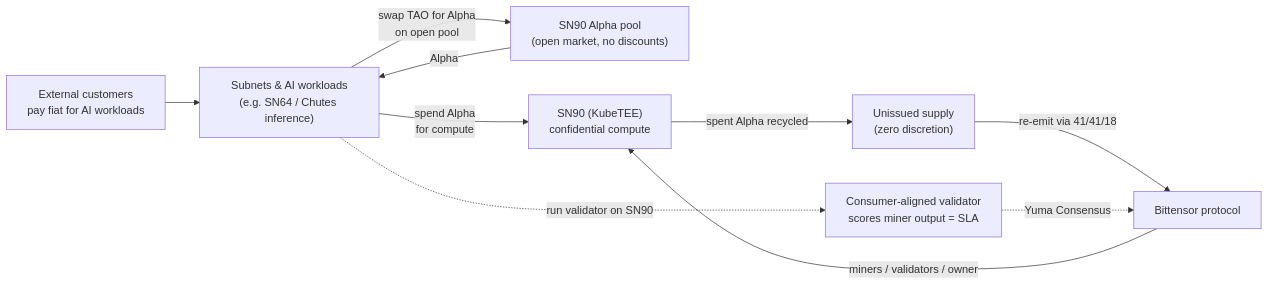
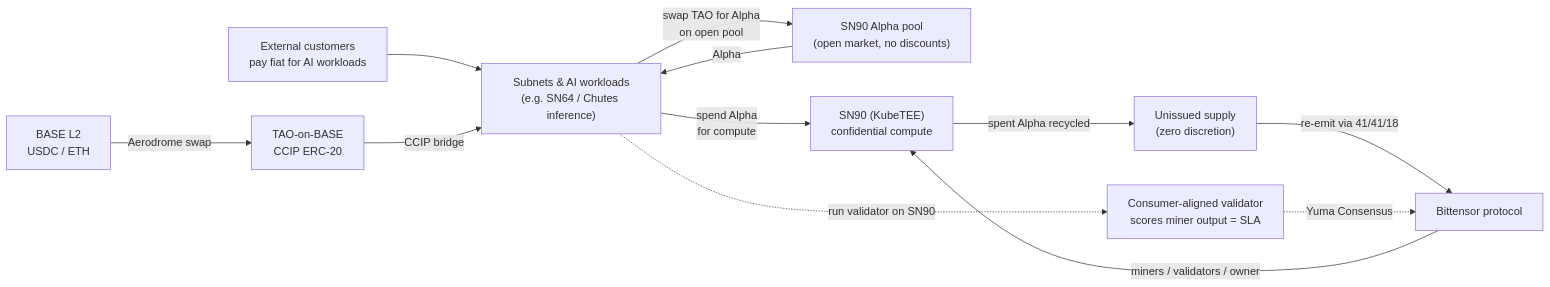
One commit to KubeTEE-AI/kubetee-subnet changed the first of 3 diagrams in docs/TOKENOMICS.md. Above: the diagram before and after it, drawn with Mermaid. The commit also changed other lines of this file and 2 other files, not shown here.

First line of the commit message:
docs(subnet): record TAO live on Base as the Phase 2 payment rail

````diff
--- a/docs/TOKENOMICS.md
+++ b/docs/TOKENOMICS.md
@@ -108,12 +130,14 @@
 ```mermaid
 flowchart LR
     Cust["External customers<br/>pay fiat for AI workloads"] --> Cons["Subnets & AI workloads<br/>(e.g. SN64 / Chutes inference)"]
+    Base["BASE L2<br/>USDC / ETH"] -->|"Aerodrome swap"| BaseTAO["TAO-on-BASE<br/>CCIP ERC-20"]
+    BaseTAO -->|CCIP bridge| Cons
     Cons -->|swap TAO for Alpha<br/>on open pool| Pool["SN90 Alpha pool<br/>(open market, no discounts)"]
     Pool -->|Alpha| Cons
     Cons -->|spend Alpha<br/>for compute| SN90["SN90 (KubeTEE)<br/>confidential compute"]
     SN90 -->|spent Alpha recycled| Unissued["Unissued supply<br/>(zero discretion)"]
     Unissued -->|re-emit via 41/41/18| Proto["Bittensor protocol"]
     Proto -->|miners / validators / owner| SN90
     Cons -.->|run validator on SN90| Val["Consumer-aligned validator<br/>scores miner output = SLA"]
     Val -.->|Yuma Consensus| Proto
 ```
````
